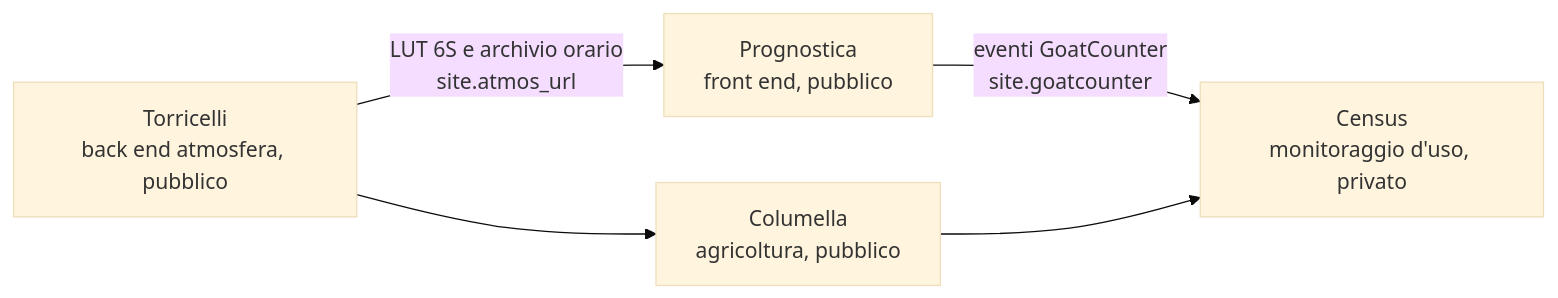
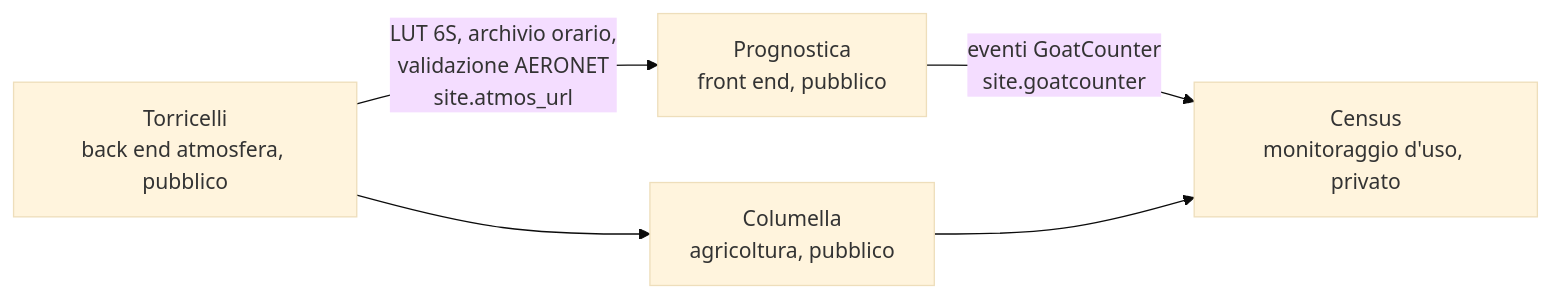
One commit to francescorossi3/prognostica changed the fourth of 5 diagrams in docs/COME_FUNZIONA.md. Above: the diagram before and after it, drawn with Mermaid (base theme). The commit also changed other lines of this file and 1 other file, not shown here.

First line of the commit message:
docs: validazione AERONET della scheda Atmosphere RK

````diff
--- a/docs/COME_FUNZIONA.md
+++ b/docs/COME_FUNZIONA.md
@@ -89,11 +89,11 @@
 ```mermaid
 flowchart LR
   P[Prognostica<br>front end, pubblico]
   Co[Columella<br>agricoltura, pubblico]
   T[Torricelli<br>back end atmosfera, pubblico]
   C[Census<br>monitoraggio d'uso, privato]
-  T -->|LUT 6S e archivio orario<br>site.atmos_url| P
+  T -->|LUT 6S, archivio orario,<br>validazione AERONET<br>site.atmos_url| P
   T --> Co
   P -->|eventi GoatCounter<br>site.goatcounter| C
   Co --> C
 ```
````
